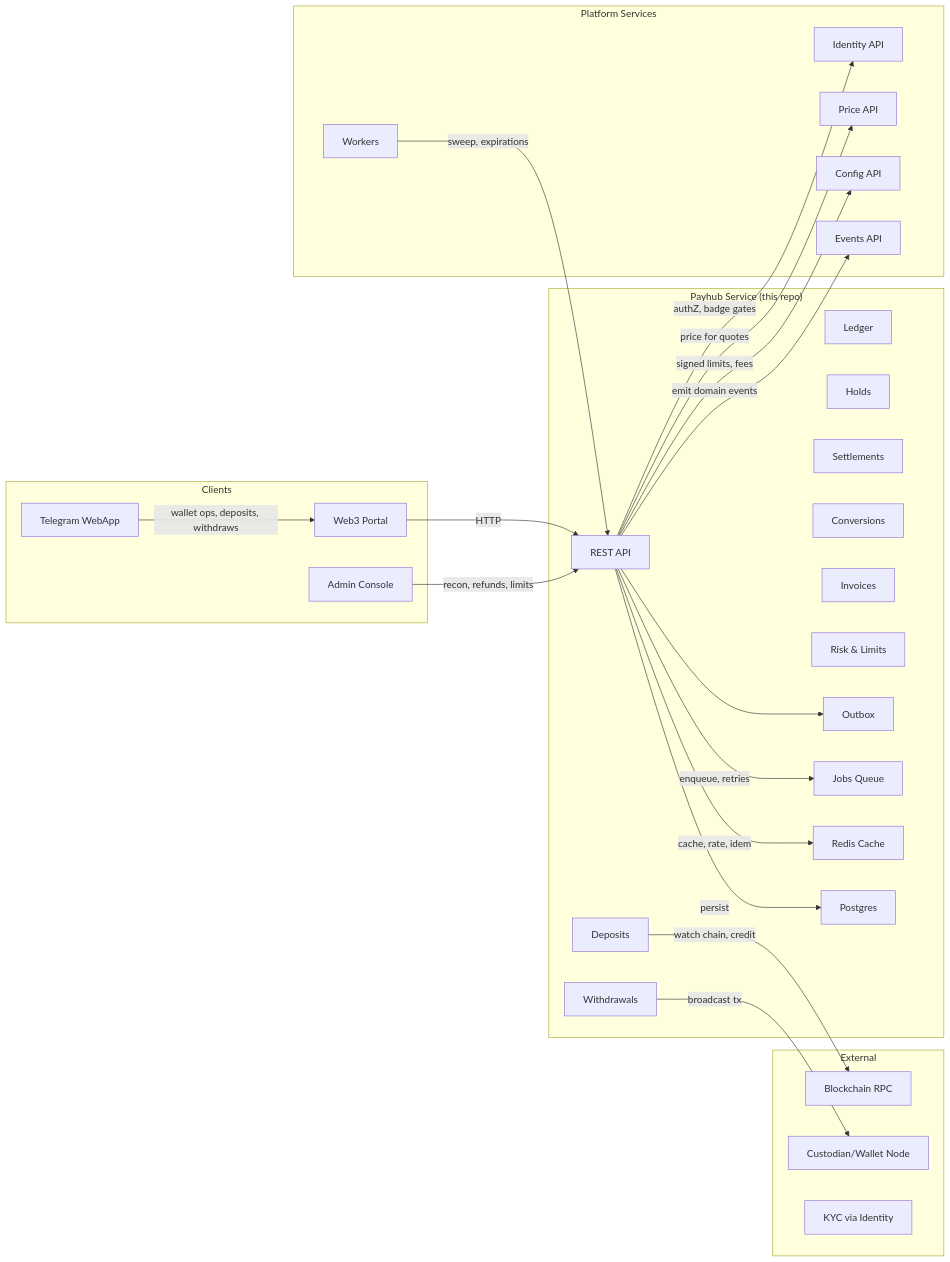
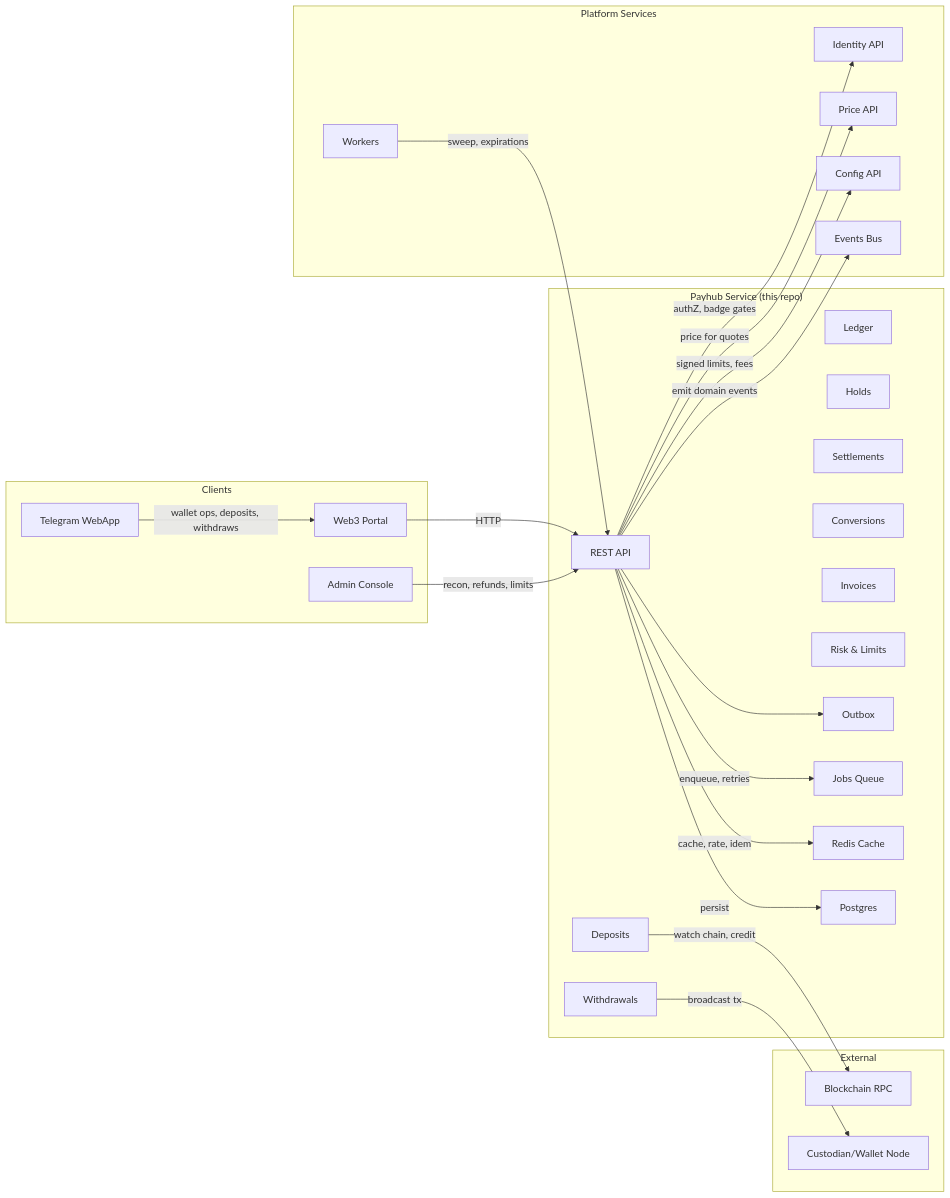
The first of 7 diagrams in SystemDesign.md (bkkac/tg-miniapp-payhub-service), drawn with Mermaid before and after one commit. The commit also changed other lines of this file, not shown here.

````diff
--- a/SystemDesign.md
+++ b/SystemDesign.md
@@ -13,56 +13,55 @@
 ```mermaid
 flowchart LR
   subgraph "Clients"
     TG["Telegram WebApp"]
     W3["Web3 Portal"]
     ADM["Admin Console"]
   end
 
   subgraph "Payhub Service (this repo)"
     API["REST API"]
     LED["Ledger"]
     HLD["Holds"]
     STLM["Settlements"]
     DPT["Deposits"]
     WDR["Withdrawals"]
     CNV["Conversions"]
     INV["Invoices"]
     RSK["Risk & Limits"]
     OUT["Outbox"]
     Q["Jobs Queue"]
     CACH["Redis Cache"]
     DB["Postgres"]
   end
 
   subgraph "Platform Services"
     IDN["Identity API"]
     PRC["Price API"]
     CFG["Config API"]
-    EVT["Events API"]
+    EVT["Events Bus"]
     WRK["Workers"]
   end
 
   subgraph "External"
     CHAIN["Blockchain RPC"]
     CUST["Custodian/Wallet Node"]
-    KYC["KYC via Identity"]
   end
 
   TG -->|"wallet ops, deposits, withdraws"| W3
   W3 -->|"HTTP"| API
   ADM -->|"recon, refunds, limits"| API
 
   API -->|"authZ, badge gates"| IDN
   API -->|"price for quotes"| PRC
   API -->|"signed limits, fees"| CFG
   API -->|"emit domain events"| EVT
 
   API -->|"persist"| DB
   API -->|"cache, rate, idem"| CACH
   API -->|"enqueue, retries"| Q
   API --> OUT
 
   DPT -->|"watch chain, credit"| CHAIN
   WDR -->|"broadcast tx"| CUST
   WRK -->|"sweep, expirations"| API
 ```
````
